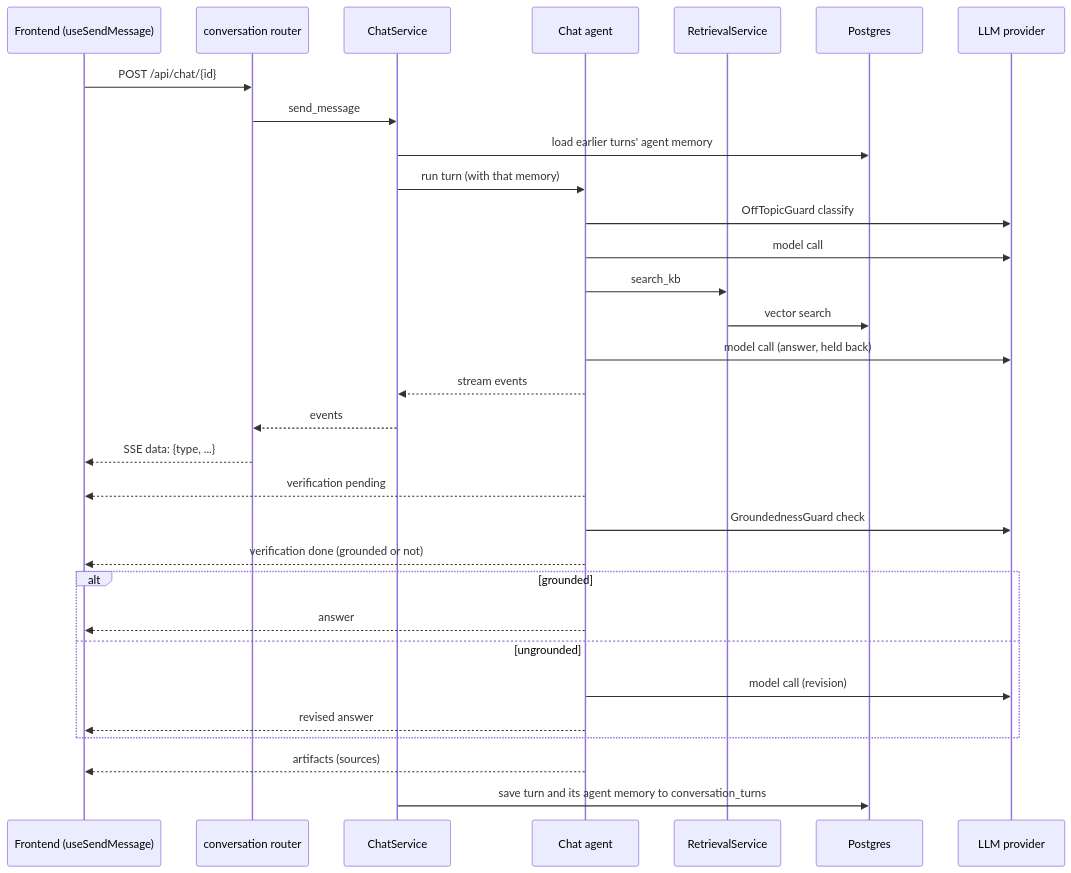
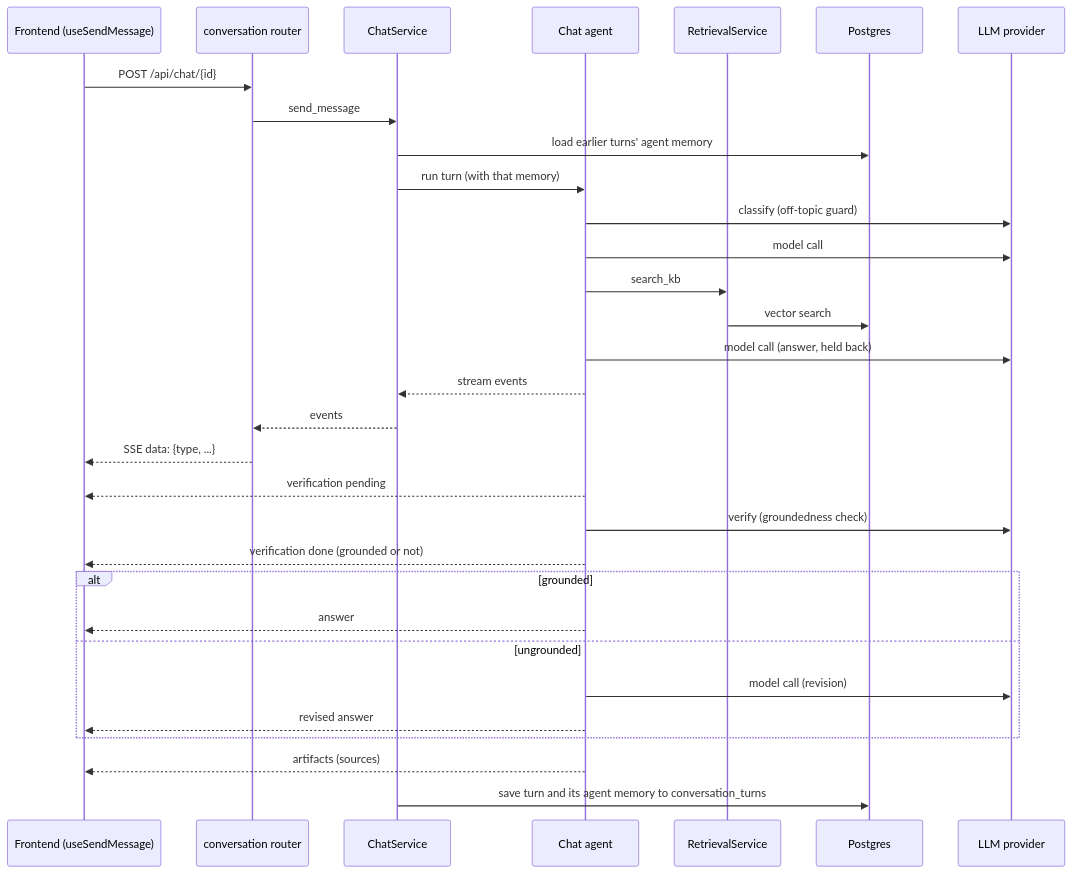
One commit to hadifar/rag changed the diagram in docs/diagrams/chat-turn.md. Above: the diagram before and after it, drawn with Mermaid. The commit also changed 47 other files, not shown here.

Commit message:
refactor(agent): fold the graph into ChatAgent and make max revisions a constant

````diff
--- a/docs/diagrams/chat-turn.md
+++ b/docs/diagrams/chat-turn.md
@@ -3,34 +3,34 @@
 ```mermaid
 sequenceDiagram
     participant UI as Frontend (useSendMessage)
     participant R as conversation router
     participant CS as ChatService
     participant A as Chat agent
     participant KB as RetrievalService
     participant DB as Postgres
     participant LLM as LLM provider
 
     UI->>R: POST /api/chat/{id}
     R->>CS: send_message
     CS->>DB: load earlier turns' agent memory
     CS->>A: run turn (with that memory)
-    A->>LLM: OffTopicGuard classify
+    A->>LLM: classify (off-topic guard)
     A->>LLM: model call
     A->>KB: search_kb
     KB->>DB: vector search
     A->>LLM: model call (answer, held back)
     A-->>CS: stream events
     CS-->>R: events
     R-->>UI: SSE data: {type, ...}
     A-->>UI: verification pending
-    A->>LLM: GroundednessGuard check
+    A->>LLM: verify (groundedness check)
     A-->>UI: verification done (grounded or not)
     alt grounded
         A-->>UI: answer
     else ungrounded
         A->>LLM: model call (revision)
         A-->>UI: revised answer
     end
     A-->>UI: artifacts (sources)
     CS->>DB: save turn and its agent memory to conversation_turns
 ```
````
